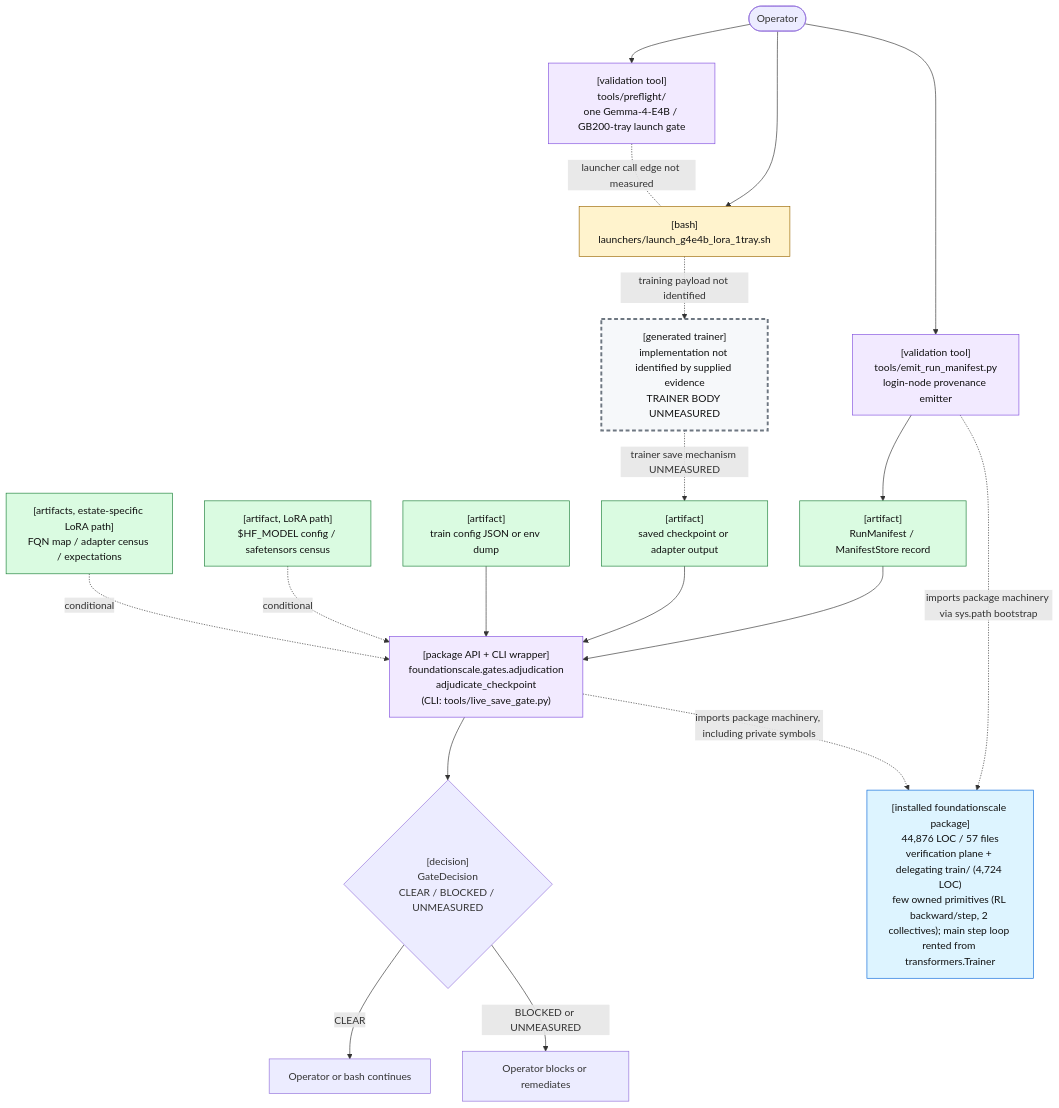
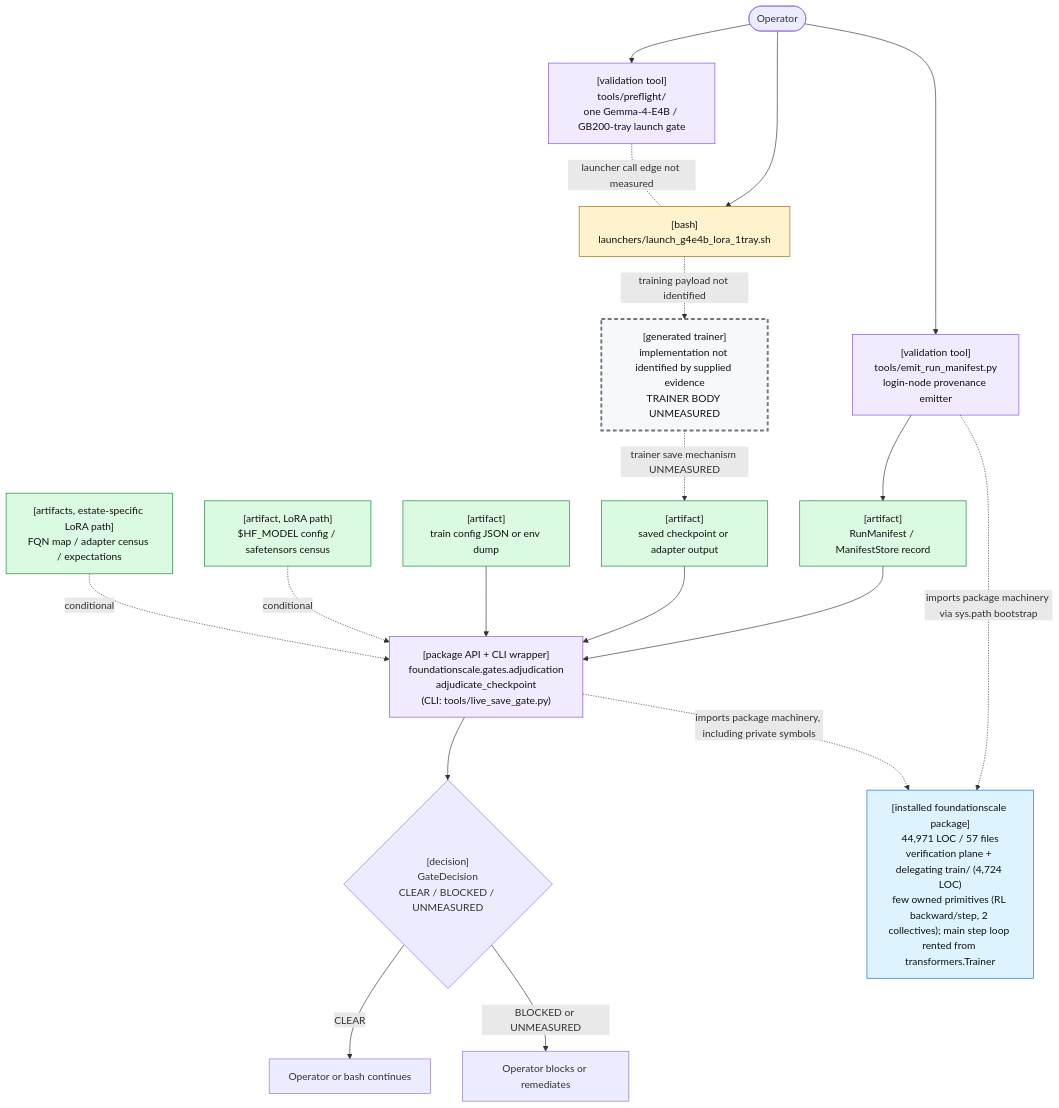
One commit to TranNhiem/FoundationScale changed the first of 2 diagrams in docs/review/D2_current_architecture.md. Above: the diagram before and after it, drawn with Mermaid. The commit also changed other lines of this file and 14 other files, not shown here.

````diff
--- a/docs/review/D2_current_architecture.md
+++ b/docs/review/D2_current_architecture.md
@@ -25,59 +25,59 @@
 ```mermaid
 flowchart TB
   O(["Operator"])
 
   PF["[validation tool]<br/>tools/preflight/<br/>one Gemma-4-E4B / GB200-tray launch gate"]
   L["[bash]<br/>launchers/launch_g4e4b_lora_1tray.sh"]
 
   E["[validation tool]<br/>tools/emit_run_manifest.py<br/>login-node provenance emitter"]
   M["[artifact]<br/>RunManifest / ManifestStore record"]
 
   T["[generated trainer]<br/>implementation not identified by supplied evidence<br/>TRAINER BODY UNMEASURED"]
   C["[artifact]<br/>saved checkpoint or adapter output"]
 
   G["[package API + CLI wrapper]<br/>foundationscale.gates.adjudication<br/>adjudicate_checkpoint<br/>(CLI: tools/live_save_gate.py)"]
   CFG["[artifact]<br/>train config JSON or env dump"]
   BASE["[artifact, LoRA path]<br/>$HF_MODEL config / safetensors census"]
   CEN["[artifacts, estate-specific LoRA path]<br/>FQN map / adapter census / expectations"]
 
   D{"[decision]<br/>GateDecision<br/>CLEAR / BLOCKED / UNMEASURED"}
   OK["Operator or bash continues"]
   NO["Operator blocks or remediates"]
 
-  PKG["[installed foundationscale package]<br/>44,876 LOC / 57 files<br/>verification plane + delegating train/ (4,724 LOC)<br/>few owned primitives (RL backward/step, 2 collectives); main step loop rented from transformers.Trainer"]
+  PKG["[installed foundationscale package]<br/>44,971 LOC / 57 files<br/>verification plane + delegating train/ (4,724 LOC)<br/>few owned primitives (RL backward/step, 2 collectives); main step loop rented from transformers.Trainer"]
 
   O --> PF
   O --> L
   PF -. "launcher call edge not measured" .- L
 
   O --> E
   E --> M
 
   L -. "training payload not identified" .-> T
   T -. "trainer save mechanism UNMEASURED" .-> C
 
   M --> G
   C --> G
   CFG --> G
   BASE -. "conditional" .-> G
   CEN -. "conditional" .-> G
 
   E -. "imports package machinery via sys.path bootstrap" .-> PKG
   G -. "imports package machinery, including private symbols" .-> PKG
 
   G --> D
   D -->|"CLEAR"| OK
   D -->|"BLOCKED or UNMEASURED"| NO
 
   classDef bash fill:#fff3cd,stroke:#9a6700,color:#111;
   classDef tool fill:#f2eaff,stroke:#8250df,color:#111;
   classDef artifact fill:#dafbe1,stroke:#1a7f37,color:#111;
   classDef gap fill:#f6f8fa,stroke:#6e7781,stroke-width:3px,stroke-dasharray: 6 4,color:#111;
   classDef pkg fill:#ddf4ff,stroke:#0969da,color:#111;
 
   class L bash;
   class PF,E,G tool;
   class M,C,CFG,BASE,CEN artifact;
   class T gap;
   class PKG pkg;
 ```
````
